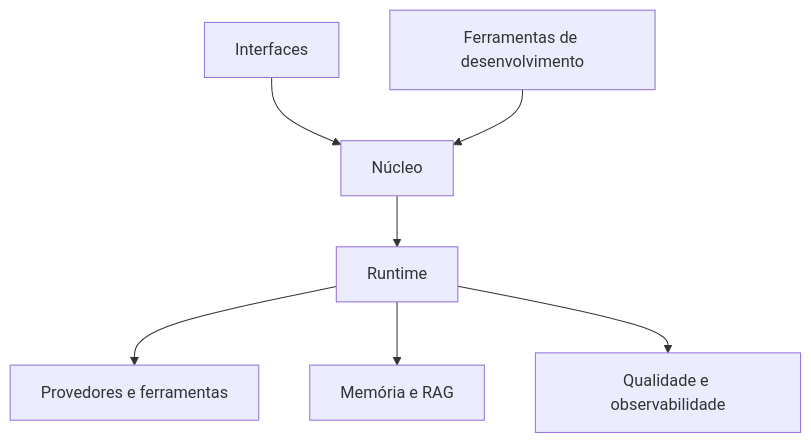
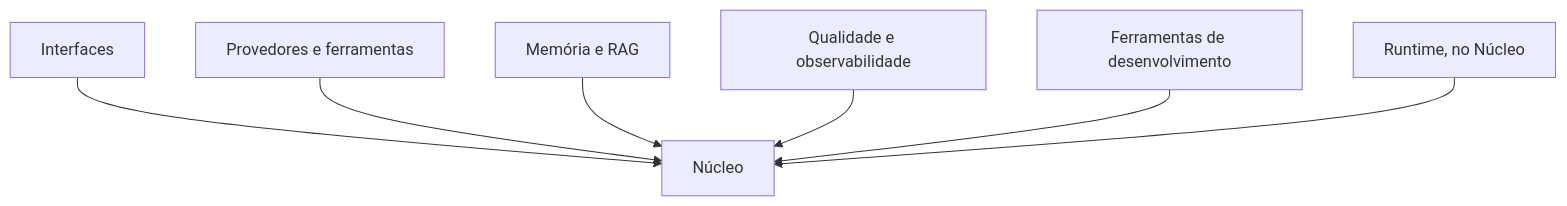
Before and after one commit to AgentsKit-io/agentskit: the diagram in .brain/repos/agentskit/00 Hub - agentskit.md, drawn with Mermaid. The commit also changed other lines of this file and 60 other files, not shown here.

````diff
--- a/.brain/repos/agentskit/00 Hub - agentskit.md
+++ b/.brain/repos/agentskit/00 Hub - agentskit.md
@@ -56,9 +56,9 @@
 ```mermaid
 flowchart TB
   U[Interfaces] --> C[Núcleo]
-  C --> R[Runtime]
-  R --> P[Provedores e ferramentas]
-  R --> M[Memória e RAG]
-  R --> Q[Qualidade e observabilidade]
+  P[Provedores e ferramentas] --> C
+  M[Memória e RAG] --> C
+  Q[Qualidade e observabilidade] --> C
   D[Ferramentas de desenvolvimento] --> C
+  R[Runtime, no Núcleo] --> C
 ```
````
